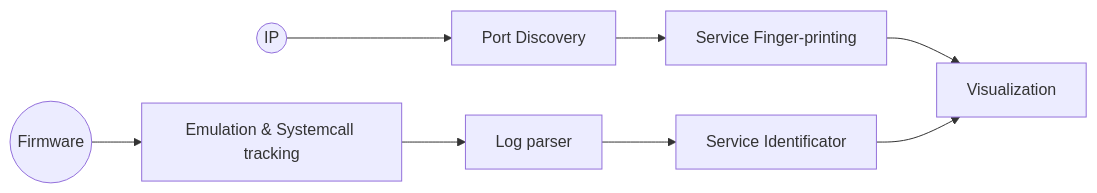
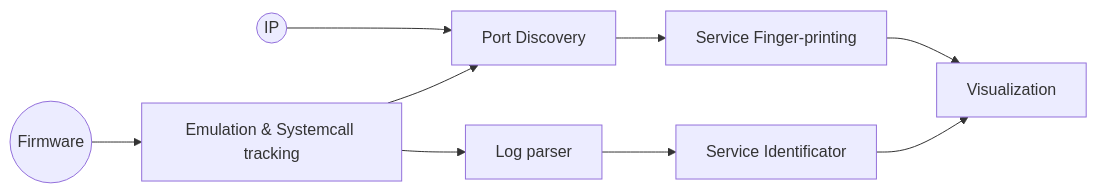
The diagram in readme.md (DPorichis/RePort), drawn with Mermaid before and after one commit. The commit also changed 4 other files, not shown here.

````diff
--- a/readme.md
+++ b/readme.md
@@ -8,5 +8,6 @@
 ```mermaid
 graph LR
     IP((IP)):::equalCircleStyle --> Port[Port Discovery] --> Fing[Service Finger-printing] --> D[Visualization]
     Bin((Firmware)):::equalCircleStyle --> Em[Emulation & Systemcall tracking] --> Pars[Log parser] --> Ident[Service Identificator] --> D[Visualization]
+    Em[Emulation & Systemcall tracking] --> Port[Port Discovery]
 ```
````
